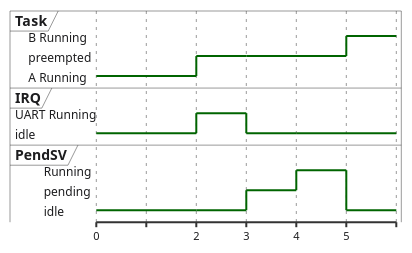
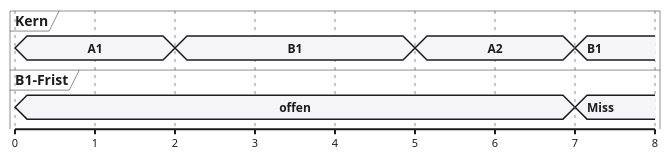
Before and after one commit to dantschi/echtzeitsysteme: the eighth of 10 diagrams in vorlesungen/02_scheduling-theorie.qmd, drawn with PlantUML. The commit also changed other lines of this file and 6 other files, not shown here.

````diff
--- a/vorlesungen/02_scheduling-theorie.qmd
+++ b/vorlesungen/02_scheduling-theorie.qmd
@@ -1014,35 +955,52 @@
 ```{.plantuml}
 @startuml
 skinparam backgroundColor transparent
 skinparam defaultFontName "Inter, sans-serif"
 skinparam defaultFontColor #1D1D1F
 skinparam ArrowColor #86868B
+skinparam NoteBackgroundColor #F5F5F7
+skinparam NoteBorderColor #E5E5EA
 skinparam timing {
-  BackgroundColor #FFFFFF
-  BorderColor #E5E5EA
+ BackgroundColor #FFFFFF
+ BorderColor #E5E5EA
+ LineColor #1D1D1F
+ SignalColor #E2001A
+}
+<style>
+timingDiagram {
+ FontName sans-serif
+ FontColor #1D1D1F
+ LineColor #1D1D1F
+ arrow {
+  LineColor #86868B
+  FontColor #1D1D1F
+ }
+ concise {
+  FontName sans-serif
+  FontColor #1D1D1F
   LineColor #1D1D1F
-  SignalColor #E2001A
+  BackGroundColor #F5F5F7
+ }
+ robust {
+  FontName sans-serif
+  FontColor #1D1D1F
+  LineColor #1D1D1F
+  BackGroundColor #FFFFFF
+ }
 }
-robust "Task" as T
-robust "IRQ" as I
-robust "PendSV" as P
+</style>
+scale 1 as 80 pixels
+concise "Kern" as K
+concise "B1-Frist" as F
 @0
-T is "A Running"
-I is idle
-P is idle
+K is "A1"
+F is "offen"
 @2
-T is preempted
-I is "UART Running"
-P is idle
-@3
-I is idle
-P is pending
-T is preempted
-@4
-P is Running
-I is idle
+K is "B1"
 @5
-T is "B Running"
-P is idle
+K is "A2"
+@7
+K is "B1"
+F is "Miss"
 @enduml
 ```
````
